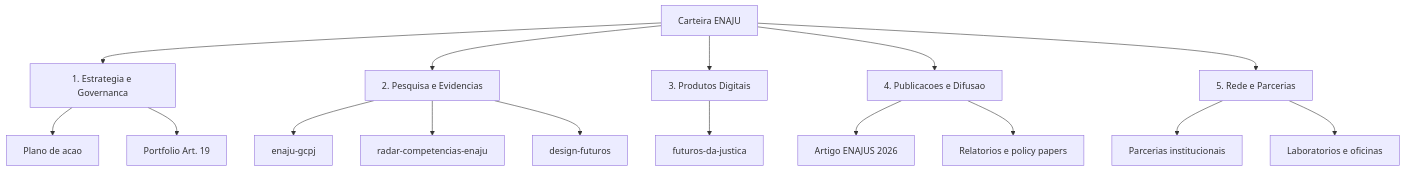
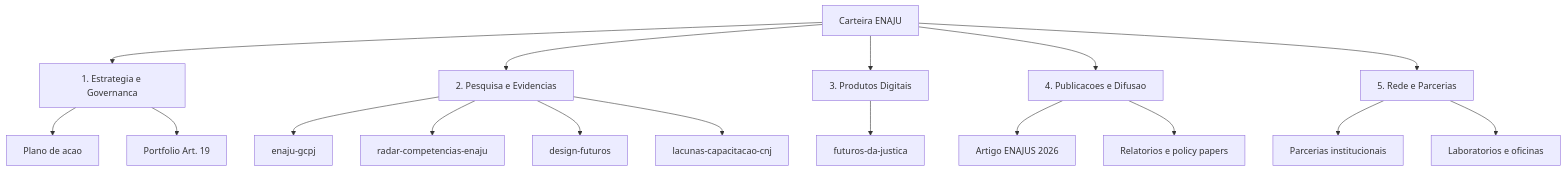
The diagram in 00_CENTRAL_ENAJU/04_INVENTARIO_ATUAL.md (cnj-proj-icm/enaju-estrategia), drawn with Mermaid before and after one commit. The commit also changed other lines of this file and 42 other files, not shown here.

Commit message:
feat: implementa pesquisa de lacunas de capacitacao CNJ

````diff
--- a/00_CENTRAL_ENAJU/04_INVENTARIO_ATUAL.md
+++ b/00_CENTRAL_ENAJU/04_INVENTARIO_ATUAL.md
@@ -64,19 +65,20 @@
 ```mermaid
 flowchart TB
     A[Carteira ENAJU] --> B[1. Estrategia e Governanca]
     A --> C[2. Pesquisa e Evidencias]
     A --> D[3. Produtos Digitais]
     A --> E[4. Publicacoes e Difusao]
     A --> F[5. Rede e Parcerias]
 
     B --> B1[Plano de acao]
     B --> B2[Portfolio Art. 19]
     C --> C1[enaju-gcpj]
     C --> C2[radar-competencias-enaju]
     C --> C3[design-futuros]
+    C --> C4[lacunas-capacitacao-cnj]
     D --> D1[futuros-da-justica]
     E --> E1[Artigo ENAJUS 2026]
     E --> E2[Relatorios e policy papers]
     F --> F1[Parcerias institucionais]
     F --> F2[Laboratorios e oficinas]
 ```
````
